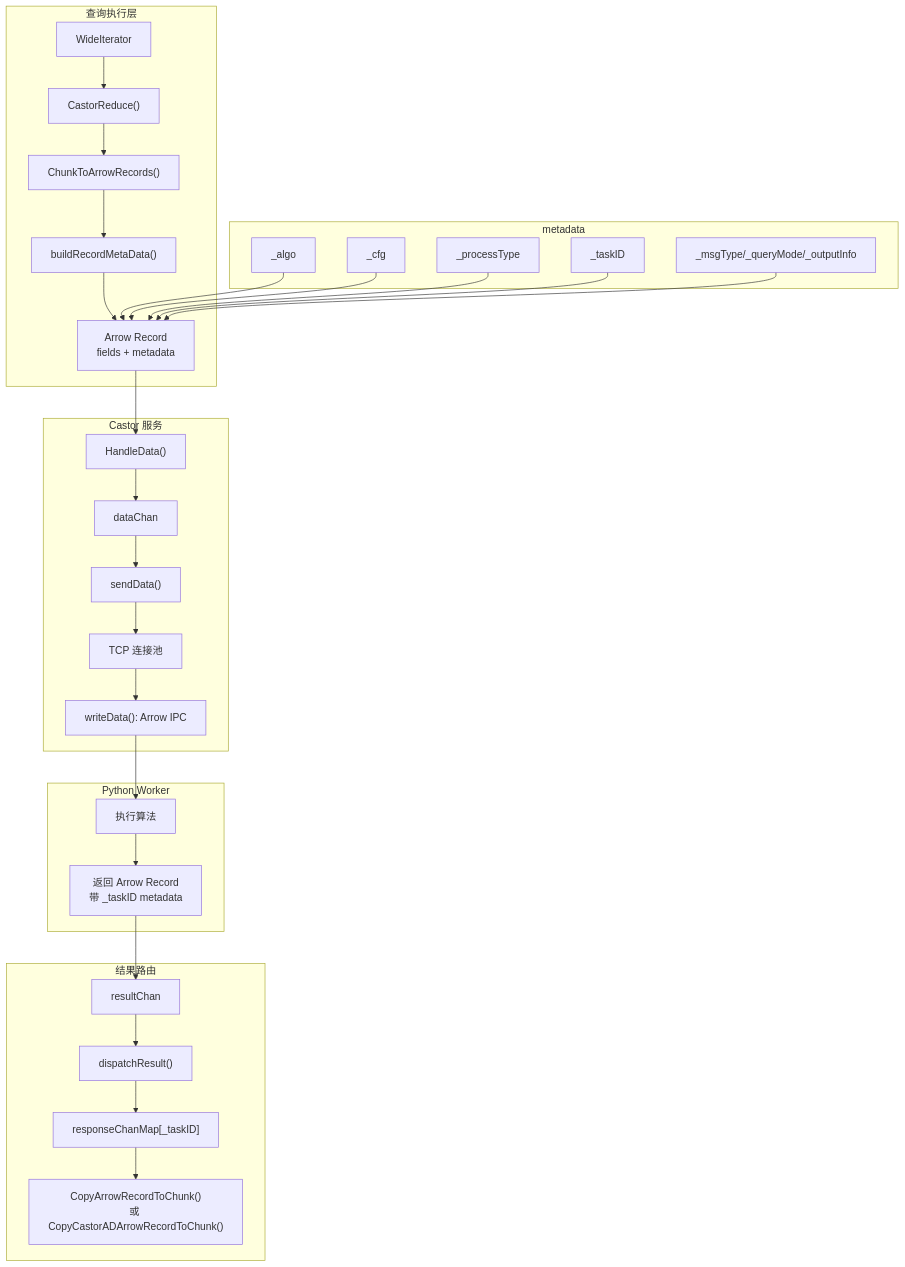
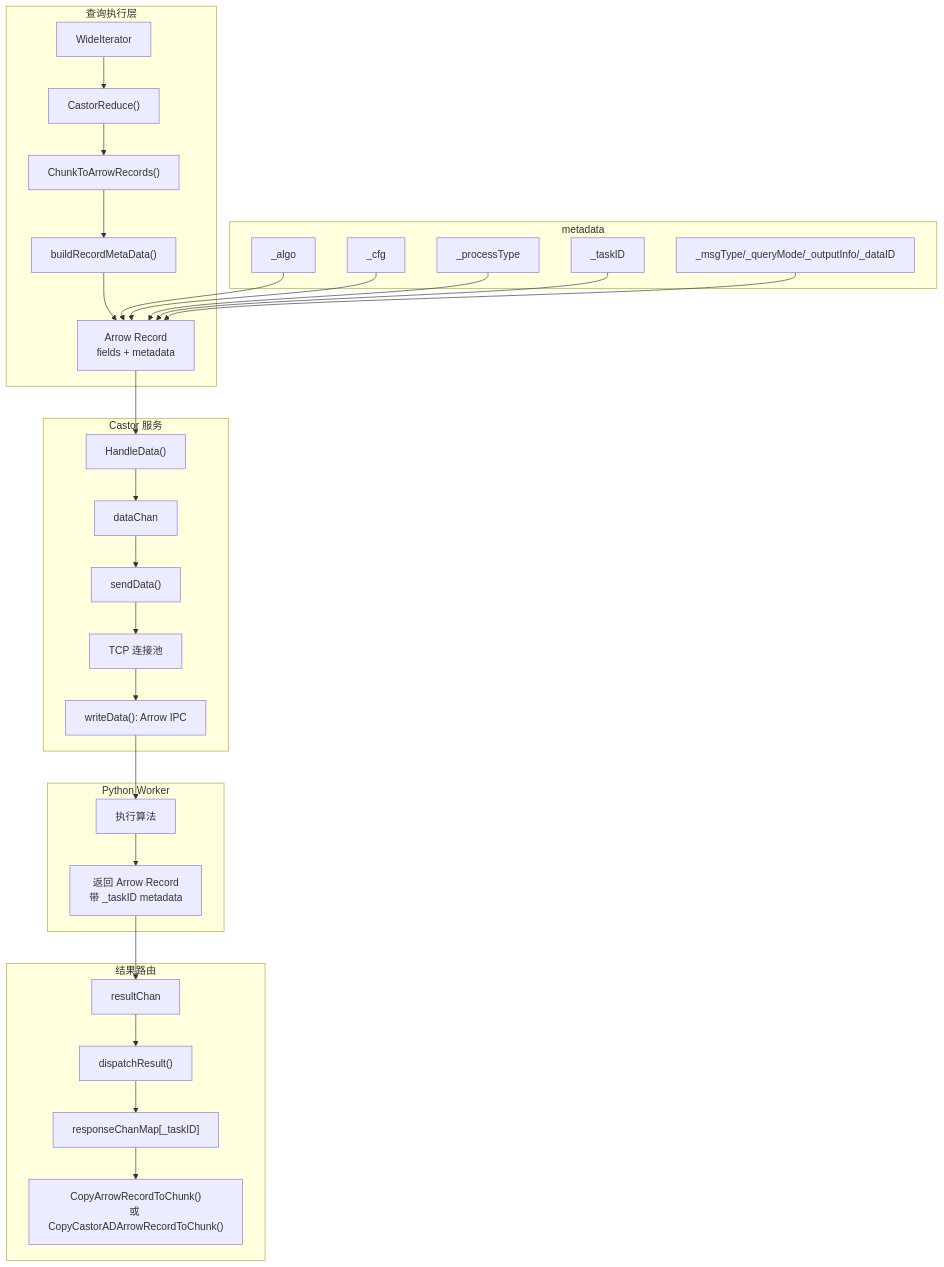
Before and after one commit to stefanv5/openGemini: the second of 4 diagrams in docs/specs/27_castor_anomaly_detection_spec.md, drawn with Mermaid. The commit also changed other lines of this file and 37 other files, not shown here.

````diff
--- a/docs/specs/27_castor_anomaly_detection_spec.md
+++ b/docs/specs/27_castor_anomaly_detection_spec.md
@@ -75,37 +81,37 @@
 ```mermaid
 graph TB
     subgraph "查询执行层"
         A["WideIterator"] --> B["CastorReduce()"]
         B --> C["ChunkToArrowRecords()"]
         C --> D["buildRecordMetaData()"]
         D --> E["Arrow Record<br/>fields + metadata"]
     end
 
     subgraph "metadata"
         M1["_algo"] --> E
         M2["_cfg"] --> E
         M3["_processType"] --> E
         M4["_taskID"] --> E
-        M5["_msgType/_queryMode/_outputInfo"] --> E
+        M5["_msgType/_queryMode/_outputInfo/_dataID"] --> E
     end
 
     subgraph "Castor 服务"
         E --> F["HandleData()"]
         F --> G["dataChan"]
         G --> H["sendData()"]
         H --> I["TCP 连接池"]
         I --> J["writeData(): Arrow IPC"]
     end
 
     subgraph "Python Worker"
         J --> K["执行算法"]
         K --> L["返回 Arrow Record<br/>带 _taskID metadata"]
     end
 
     subgraph "结果路由"
         L --> N["resultChan"]
         N --> O["dispatchResult()"]
         O --> P["responseChanMap[_taskID]"]
         P --> Q["CopyArrowRecordToChunk()<br/>或 CopyCastorADArrowRecordToChunk()"]
     end
 ```
````
